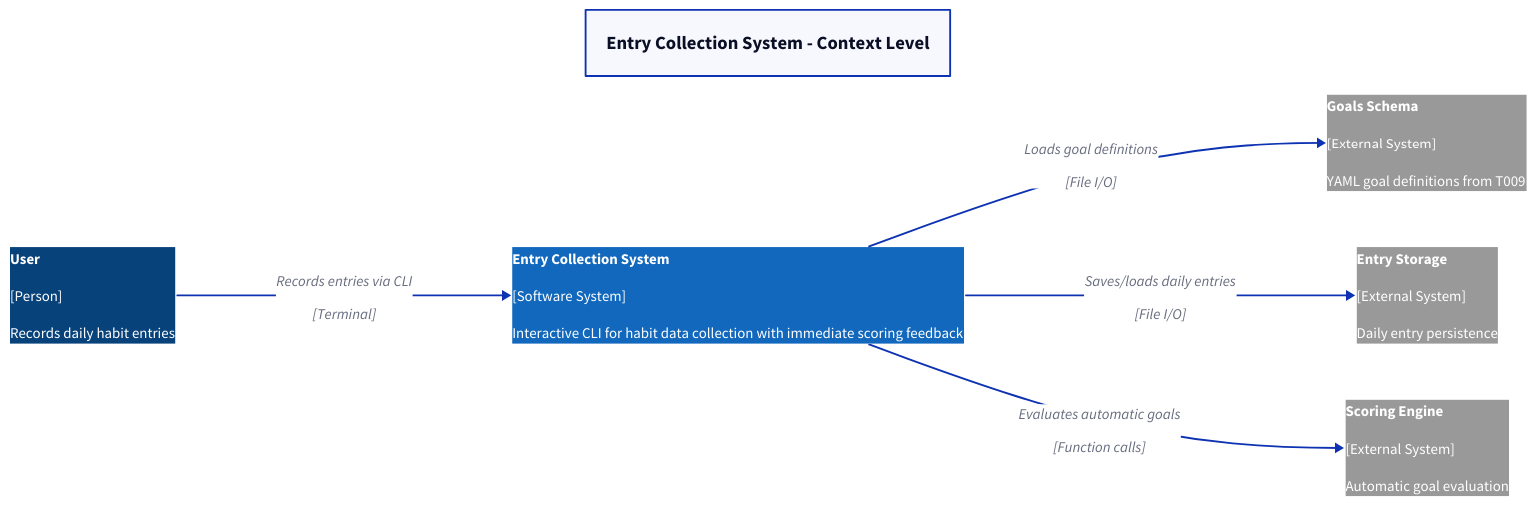
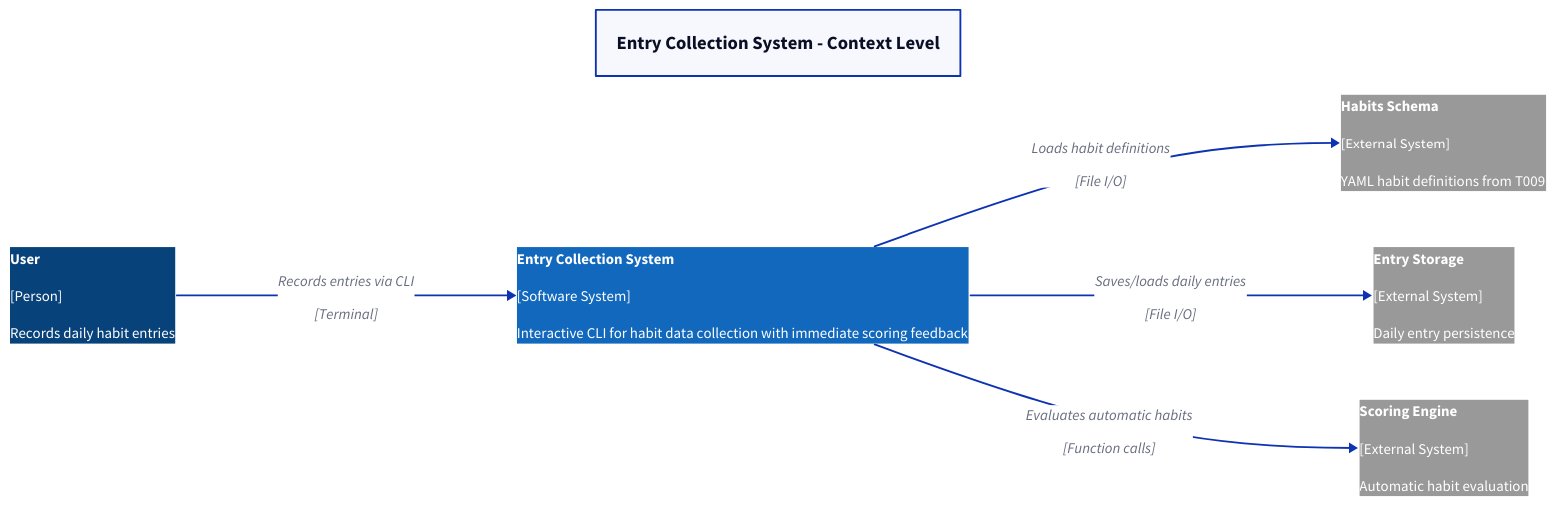
The diagram in doc/diagrams/entry_system_context.d2 (davidlee/iter), drawn with D2 before and after one commit. The commit also changed 66 other files, not shown here.

First line of the commit message:
refactor(T025)[2.2]: complete goal→habit content replacement using perl batch operations

```diff
--- a/doc/diagrams/entry_system_context.d2
+++ b/doc/diagrams/entry_system_context.d2
@@ -1,93 +1,93 @@
 direction: right
 
 title: {
   label: Entry Collection System - Context Level
   near: top-center
   style.font-size: 20
   style.bold: true
 }
 
 user: {
   label: |md
     **User**
     
     [Person]
     
     Records daily habit entries
   |
   shape: person
   style.fill: "#08427b"
   style.font-color: white
 }
 
 entry_system: {
   label: |md
     **Entry Collection System**
     
     [Software System]
     
     Interactive CLI for habit data collection with immediate scoring feedback
   |
   style.fill: "#1168bd"
   style.font-color: white
 }
 
-goals_file: {
+habits_file: {
   label: |md
-    **Goals Schema**
+    **Habits Schema**
     
     [External System]
     
-    YAML goal definitions from T009
+    YAML habit definitions from T009
   |
   style.fill: "#999999"
   style.font-color: white
 }
 
 entries_file: {
   label: |md
     **Entry Storage**
     
     [External System]
     
     Daily entry persistence
   |
   style.fill: "#999999"
   style.font-color: white
 }
 
 scoring_engine: {
   label: |md
     **Scoring Engine**
     
     [External System]
     
-    Automatic goal evaluation
+    Automatic habit evaluation
   |
   style.fill: "#999999"
   style.font-color: white
 }
 
 user -> entry_system: |md
   Records entries via CLI
   
   [Terminal]
 |
 
-entry_system -> goals_file: |md
-  Loads goal definitions
+entry_system -> habits_file: |md
+  Loads habit definitions
   
   [File I/O]
 |
 
 entry_system -> entries_file: |md
   Saves/loads daily entries
   
   [File I/O]
 |
 
 entry_system -> scoring_engine: |md
-  Evaluates automatic goals
+  Evaluates automatic habits
   
   [Function calls]
 |
```
